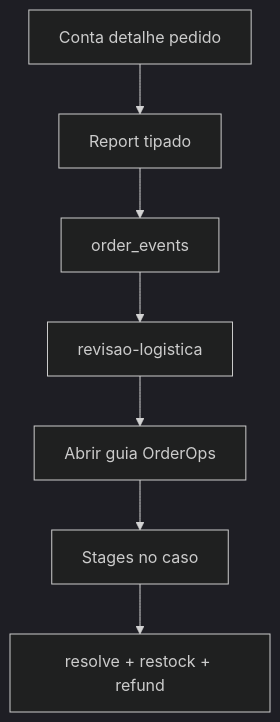
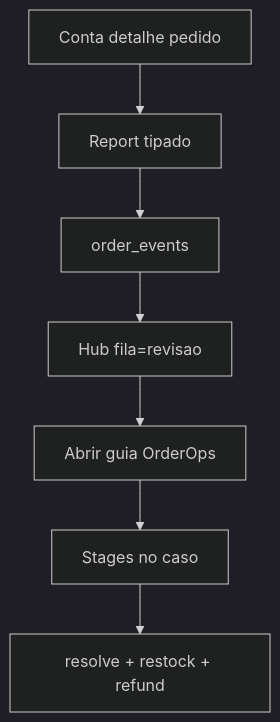
The second of 2 diagrams in docs/planejamento/FAL_JORNADAS_UX_POS_VENDA_2026-11-21.md (efe777-creator/FAL-PECAS-AUTOMOTIVAS), drawn with Mermaid (dark theme) before and after one commit. The commit also changed other lines of this file and 5 other files, not shown here.

First line of the commit message:
test(pos-venda): smoke uso completo cliente+ops e fila revisao no wtbp

````diff
--- a/docs/planejamento/FAL_JORNADAS_UX_POS_VENDA_2026-11-21.md
+++ b/docs/planejamento/FAL_JORNADAS_UX_POS_VENDA_2026-11-21.md
@@ -215,11 +215,11 @@
 ```mermaid
 flowchart TB
   Detalhe[Conta detalhe pedido]
   Report[Report tipado]
   Evt[order_events]
-  Rev[revisao-logistica]
+  Rev[Hub fila=revisao]
   Guia[Abrir guia OrderOps]
   Stage[Stages no caso]
   Resolve[resolve + restock + refund]
   Detalhe --> Report --> Evt --> Rev --> Guia --> Stage --> Resolve
 ```
````
